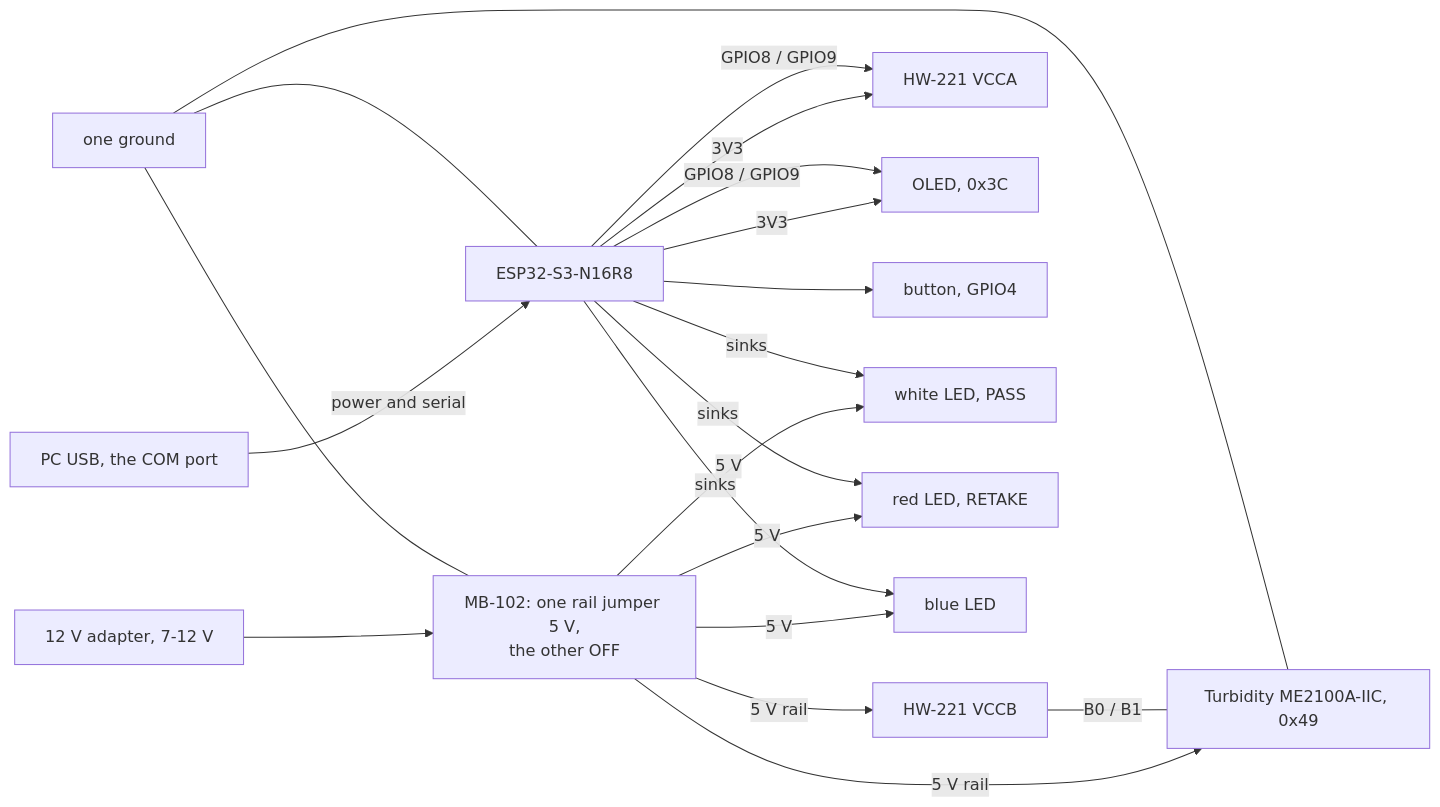
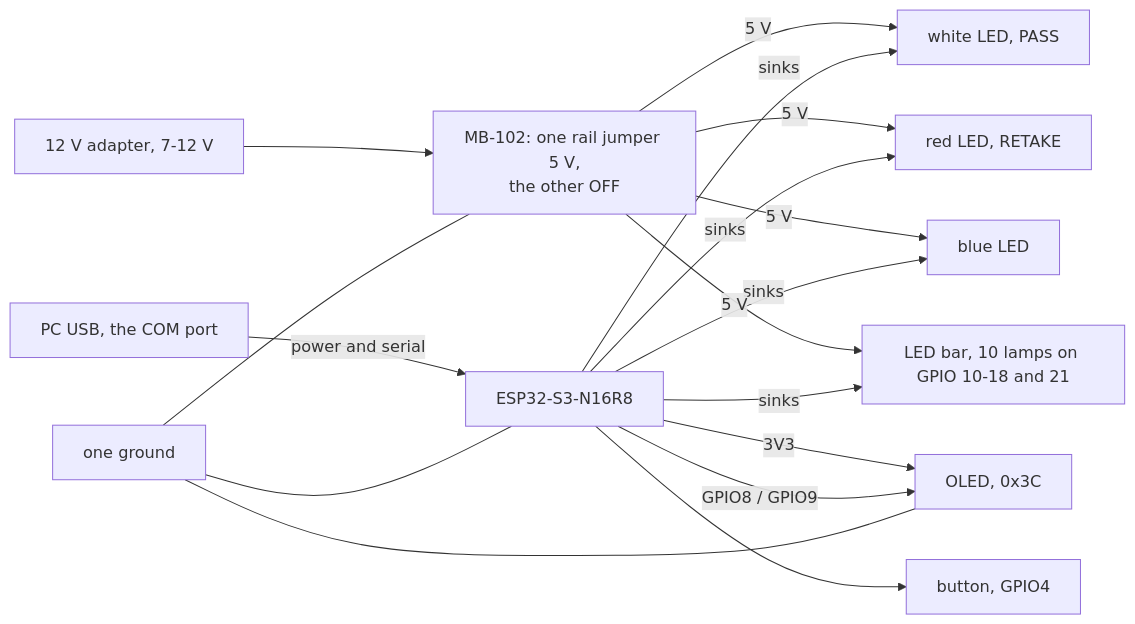
One commit to FrozenYty/aquavision changed the diagram in docs/procurement-en.md. Above: the diagram before and after it, drawn with Mermaid. The commit also changed other lines of this file and 34 other files, not shown here.

First line of the commit message:
refactor(rig): withdraw the turbidity sensor and document the LED bar (P3-37)

````diff
--- a/docs/procurement-en.md
+++ b/docs/procurement-en.md
@@ -124,22 +120,19 @@
 ```mermaid
 flowchart LR
   DC["12 V adapter, 7-12 V"] --> MB["MB-102: one rail jumper 5 V,<br/>the other OFF"]
-  MB -->|"5 V rail"| S["Turbidity ME2100A-IIC, 0x49"]
-  MB -->|"5 V rail"| HV["HW-221 VCCB"]
-  HV ---|"B0 / B1"| S
   PC["PC USB, the COM port"] -->|"power and serial"| ESP["ESP32-S3-N16R8"]
-  ESP -->|"3V3"| LV["HW-221 VCCA"]
   ESP -->|"3V3"| OLED["OLED, 0x3C"]
-  ESP -->|"GPIO8 / GPIO9"| LV
   ESP -->|"GPIO8 / GPIO9"| OLED
   ESP --> B["button, GPIO4"]
   MB -->|"5 V"| L1["white LED, PASS"]
   ESP -->|"sinks"| L1
   MB -->|"5 V"| L2["red LED, RETAKE"]
   ESP -->|"sinks"| L2
   MB -->|"5 V"| L3["blue LED"]
   ESP -->|"sinks"| L3
+  MB -->|"5 V"| BAR["LED bar, 10 lamps on GPIO 10-18 and 21"]
+  ESP -->|"sinks"| BAR
   GND["one ground"] --- MB
   GND --- ESP
-  GND --- S
+  GND --- OLED
 ```
````
